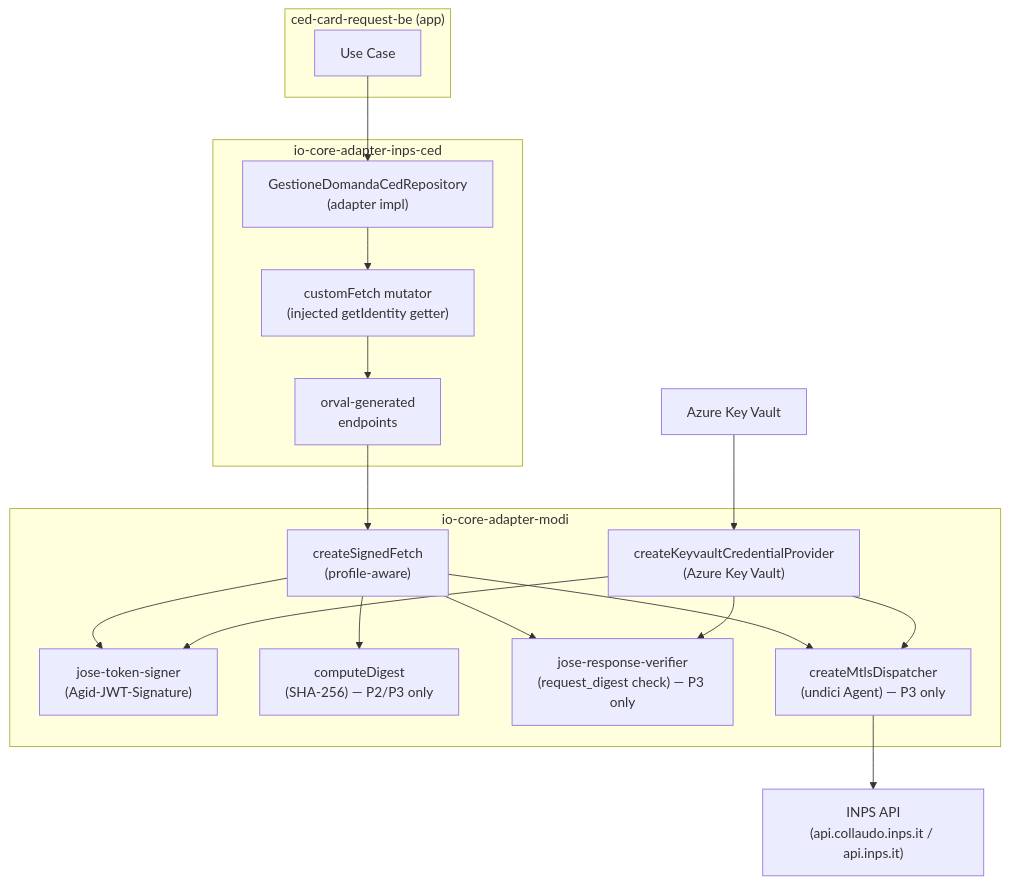
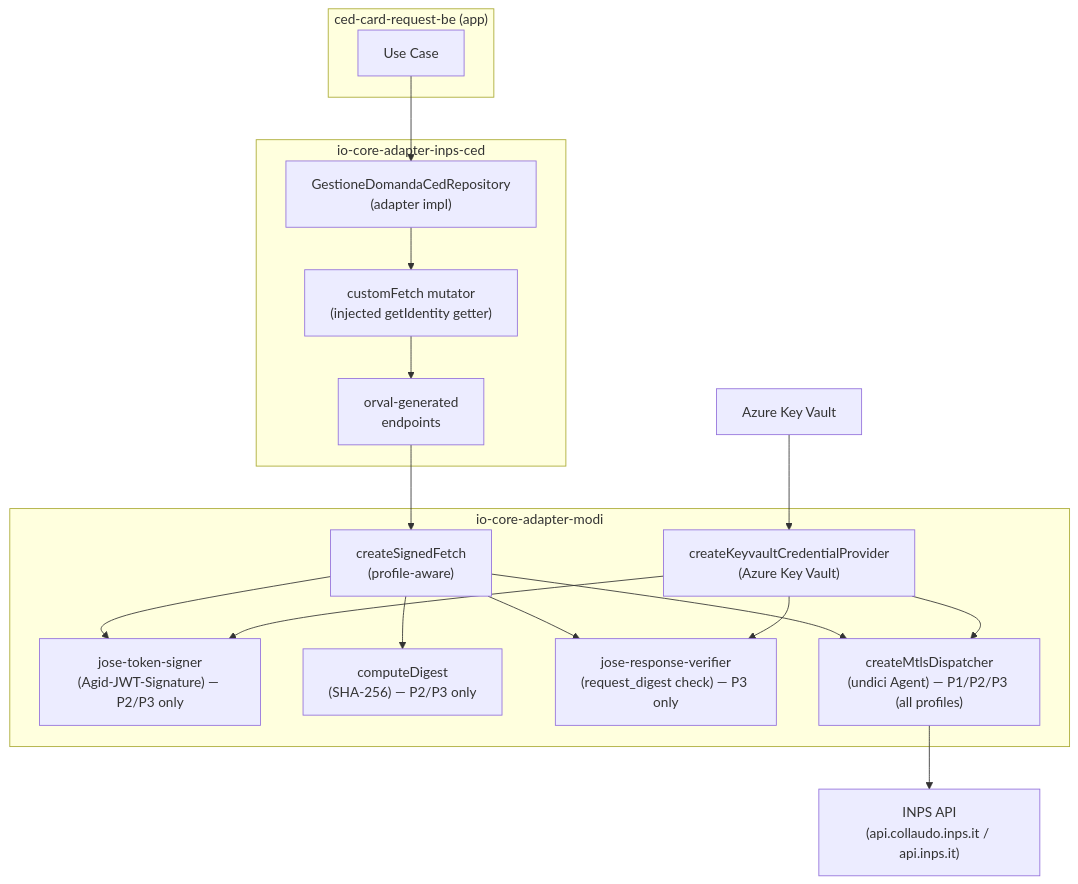
One commit to pagopa/io-growth changed the second of 4 diagrams in docs/modi-inps/design-review.md. Above: the diagram before and after it, drawn with Mermaid. The commit also changed other lines of this file and 1 other file, not shown here.

````diff
--- a/docs/modi-inps/design-review.md
+++ b/docs/modi-inps/design-review.md
@@ -63,38 +63,38 @@
 ```mermaid
 flowchart TD
     subgraph BE["ced-card-request-be (app)"]
         UC["Use Case"]
     end
 
     subgraph CED["io-core-adapter-inps-ced"]
         REPO["GestioneDomandaCedRepository\n(adapter impl)"]
         CLIENT["customFetch mutator\n(injected getIdentity getter)"]
         GEN["orval-generated\nendpoints"]
     end
 
     subgraph MODI["io-core-adapter-modi"]
         SF["createSignedFetch\n(profile-aware)"]
-        SIGNER["jose-token-signer\n(Agid-JWT-Signature)"]
+        SIGNER["jose-token-signer\n(Agid-JWT-Signature) — P2/P3 only"]
         DIGEST["computeDigest\n(SHA-256) — P2/P3 only"]
         VERIFIER["jose-response-verifier\n(request_digest check) — P3 only"]
-        MTLS["createMtlsDispatcher\n(undici Agent) — P3 only"]
+        MTLS["createMtlsDispatcher\n(undici Agent) — P1/P2/P3 (all profiles)"]
         KV["createKeyvaultCredentialProvider\n(Azure Key Vault)"]
     end
 
     INPS["INPS API\n(api.collaudo.inps.it / api.inps.it)"]
     AKV["Azure Key Vault"]
 
     UC --> REPO
     REPO --> CLIENT
     CLIENT --> GEN
     GEN --> SF
     SF --> DIGEST
     SF --> SIGNER
     SF --> MTLS
     SF --> VERIFIER
     KV --> MTLS
     KV --> SIGNER
     KV --> VERIFIER
     AKV --> KV
     MTLS --> INPS
 ```
````
